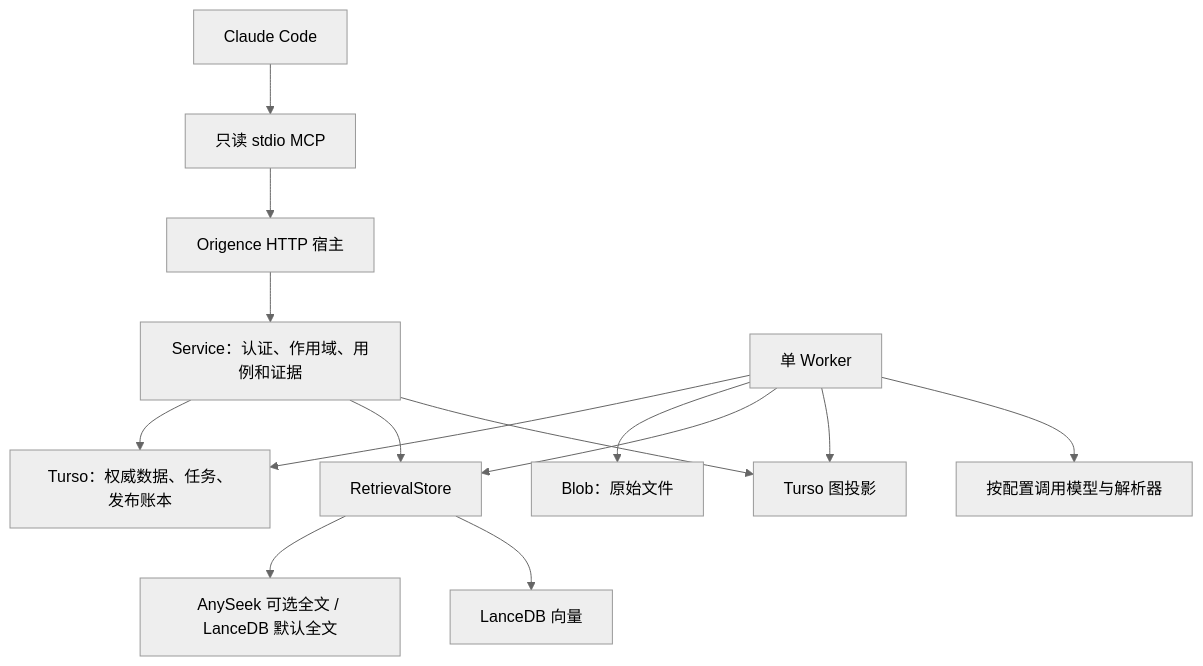
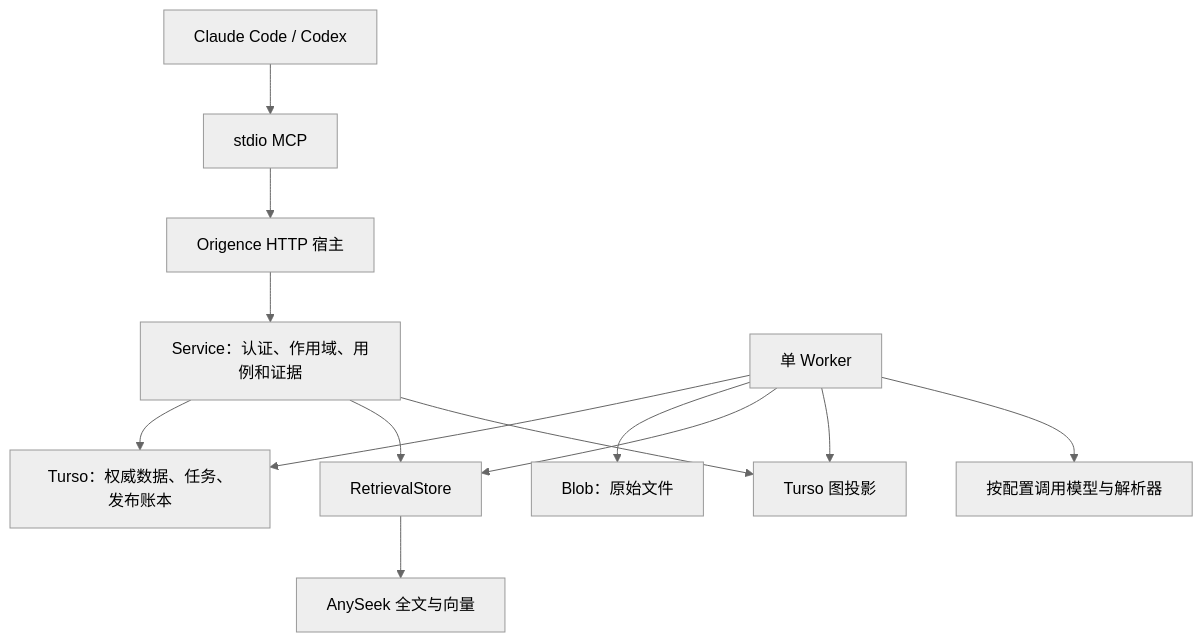
One commit to TheLudlows/Origence changed the diagram in docs/design/current-implementation.md. Above: the diagram before and after it, drawn with Mermaid (neutral theme). The commit also changed other lines of this file and 155 other files, not shown here.

````diff
--- a/docs/design/current-implementation.md
+++ b/docs/design/current-implementation.md
@@ -21,16 +18,15 @@
 ```mermaid
 flowchart TD
-    C[Claude Code] --> M[只读 stdio MCP]
+    C[Claude Code / Codex] --> M[stdio MCP]
     M --> H[Origence HTTP 宿主]
     H --> S[Service：认证、作用域、用例和证据]
     S --> A[Turso：权威数据、任务、发布账本]
     W[单 Worker] --> A
     W --> B[Blob：原始文件]
     W --> R[RetrievalStore]
     S --> R
-    R --> F[AnySeek 可选全文 / LanceDB 默认全文]
-    R --> V[LanceDB 向量]
+    R --> F[AnySeek 全文与向量]
     W --> G[Turso 图投影]
     S --> G
     W --> P[按配置调用模型与解析器]
 ```
````
